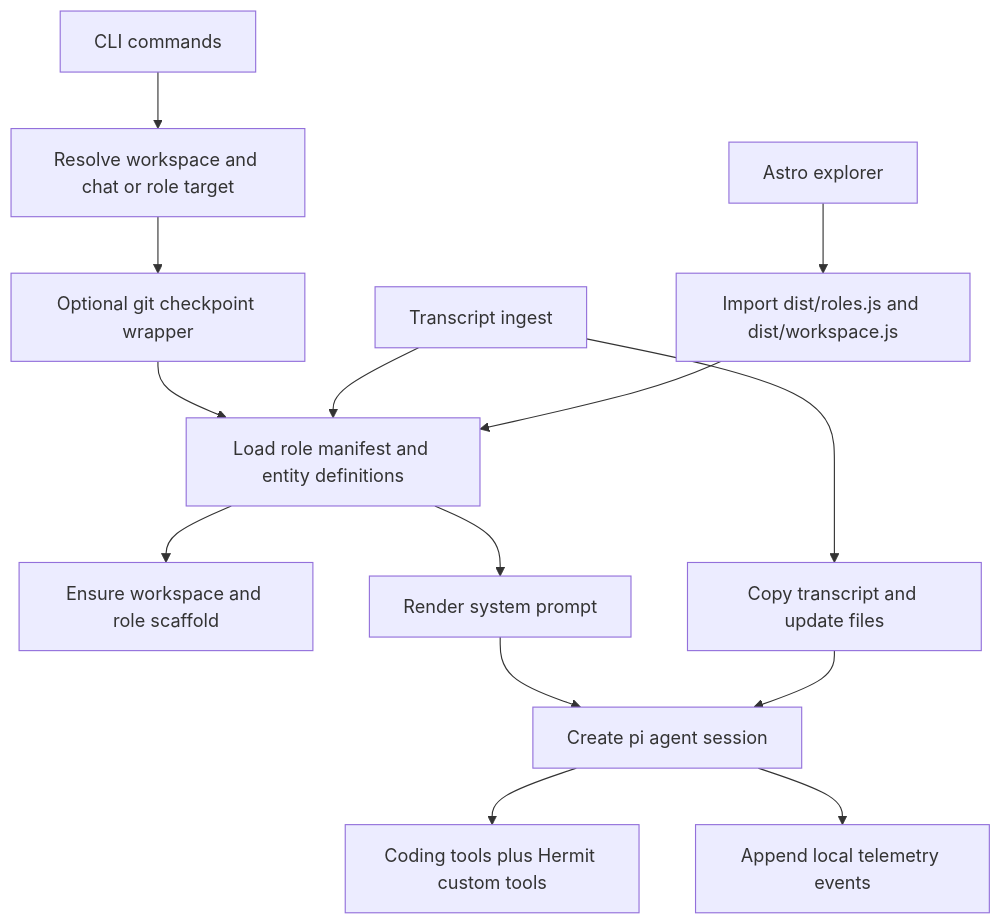
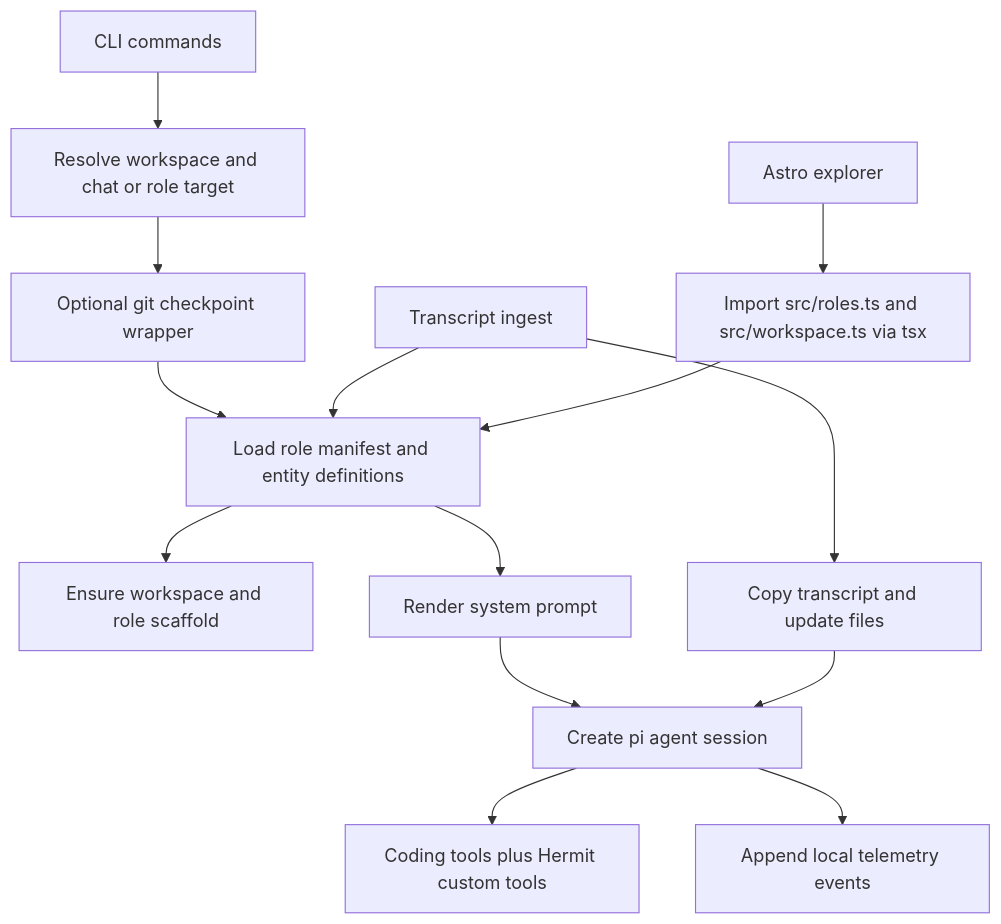
The diagram in docs/architecture.md (benschrauwen/hermit), drawn with Mermaid before and after one commit. The commit also changed other lines of this file and 7 other files, not shown here.

````diff
--- a/docs/architecture.md
+++ b/docs/architecture.md
@@ -46,16 +46,16 @@
 ```mermaid
 flowchart TD
   cli[CLI commands] --> resolve[Resolve workspace and chat or role target]
   resolve --> checkpoint[Optional git checkpoint wrapper]
   checkpoint --> load[Load role manifest and entity definitions]
   load --> scaffold[Ensure workspace and role scaffold]
   load --> prompt[Render system prompt]
   prompt --> session[Create pi agent session]
   session --> tools[Coding tools plus Hermit custom tools]
   session --> telemetry[Append local telemetry events]
   ingest[Transcript ingest] --> load
   ingest --> files[Copy transcript and update files]
   files --> session
-  explorer[Astro explorer] --> dist[Import dist/roles.js and dist/workspace.js]
-  dist --> load
+  explorer[Astro explorer] --> source[Import src/roles.ts and src/workspace.ts via tsx]
+  source --> load
 ```
````
